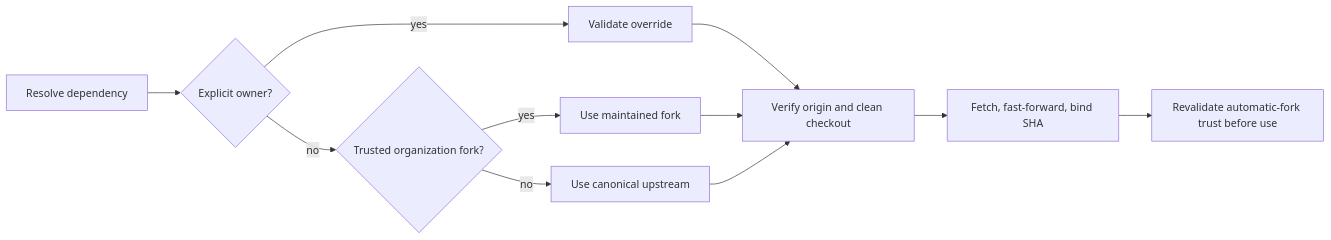
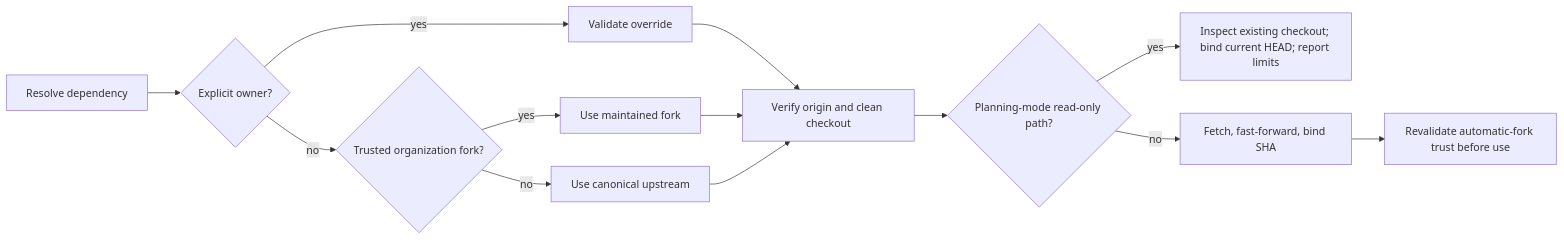
One commit to HomericIntelligence/Athena changed the diagram in docs/dependency-resolution.md. Above: the diagram before and after it, drawn with Mermaid. The commit also changed other lines of this file and 4 other files, not shown here.

````diff
--- a/docs/dependency-resolution.md
+++ b/docs/dependency-resolution.md
@@ -12,13 +17,15 @@
 ```mermaid
 flowchart LR
     A["Resolve dependency"] --> B{"Explicit owner?"}
     B -->|yes| C["Validate override"]
     B -->|no| D{"Trusted organization fork?"}
     D -->|yes| E["Use maintained fork"]
     D -->|no| F["Use canonical upstream"]
     C --> G["Verify origin and clean checkout"]
     E --> G
     F --> G
-    G --> H["Fetch, fast-forward, bind SHA"]
-    H --> I["Revalidate automatic-fork trust before use"]
+    G --> H{"Planning-mode read-only path?"}
+    H -->|yes| I["Inspect existing checkout; bind current HEAD; report limits"]
+    H -->|no| J["Fetch, fast-forward, bind SHA"]
+    J --> K["Revalidate automatic-fork trust before use"]
 ```
````
